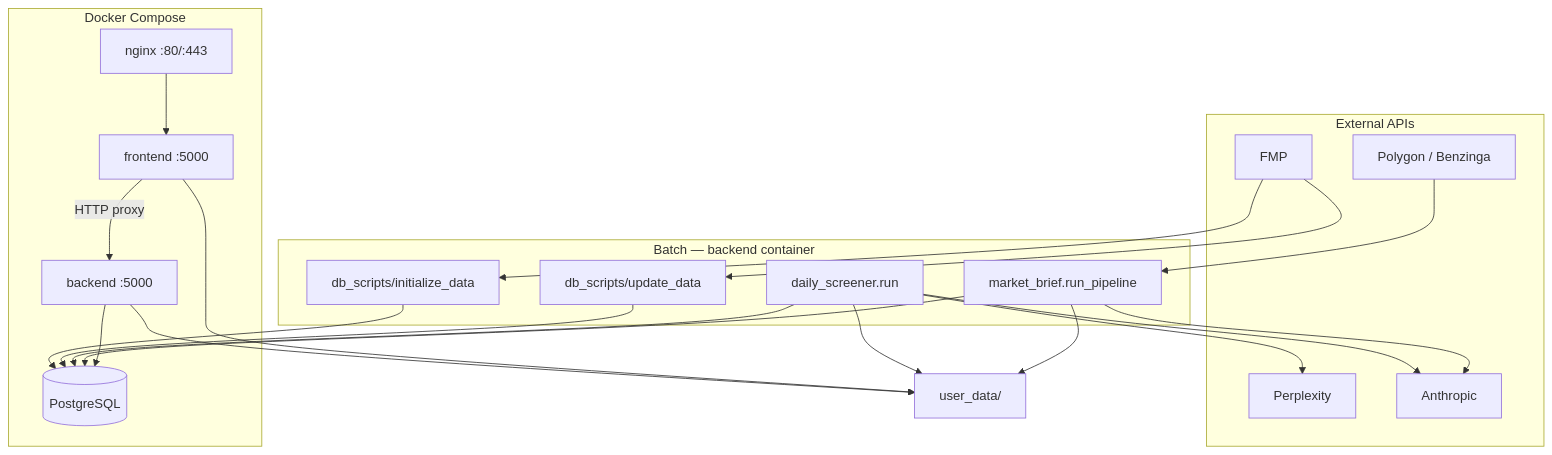
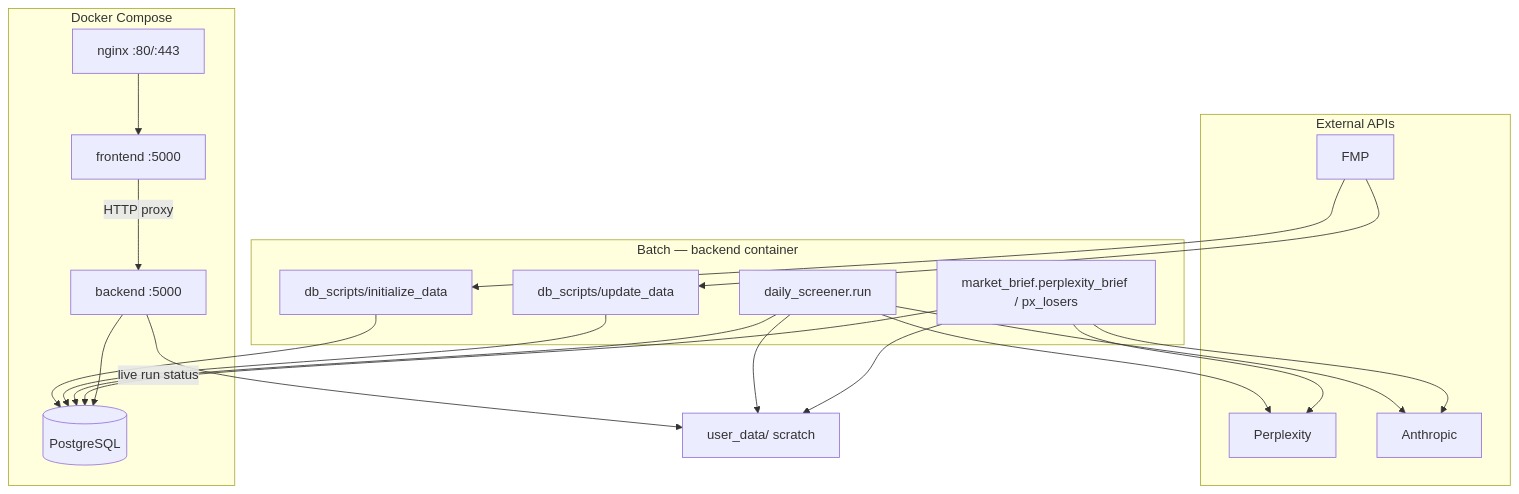
Before and after one commit to abhijitshingote/stocks-assist: the diagram in README/ARCHITECTURE.md, drawn with Mermaid. The commit also changed other lines of this file and 132 other files, not shown here.

First line of the commit message:
app schema: move user data + pipeline artifacts from user_data/ to Postgres; Perplexity-only market brief

````diff
--- a/README/ARCHITECTURE.md
+++ b/README/ARCHITECTURE.md
@@ -16,37 +17,34 @@
 ```mermaid
 flowchart TB
   subgraph external [External APIs]
     FMP[FMP]
-    Polygon[Polygon / Benzinga]
     Pplx[Perplexity]
     Anthropic[Anthropic]
   end
 
   subgraph batch [Batch — backend container]
     init[db_scripts/initialize_data]
     upd[db_scripts/update_data]
     ds[daily_screener.run]
-    mb[market_brief.run_pipeline]
+    mb[market_brief.perplexity_brief / px_losers]
   end
 
   subgraph stack [Docker Compose]
     DB[(PostgreSQL)]
     BE[backend :5000]
     FE[frontend :5000]
     NGX[nginx :80/:443]
   end
 
   FMP --> init & upd
-  Polygon --> mb
   init & upd --> DB
   ds --> DB
   ds --> Pplx & Anthropic
   mb --> DB
-  mb --> Anthropic
+  mb --> Pplx & Anthropic
   BE --> DB
   FE -->|HTTP proxy| BE
   NGX --> FE
-  ds & mb --> UD[user_data/]
-  BE --> UD
-  FE --> UD
+  ds & mb --> UD[user_data/ scratch]
+  BE -->|live run status| UD
 ```
````
